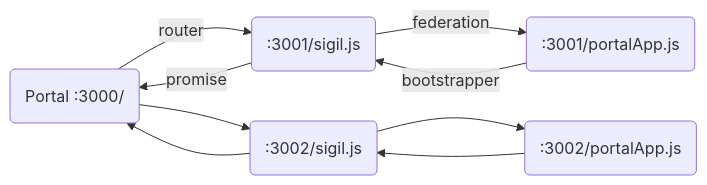
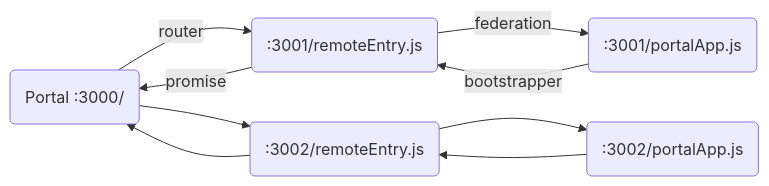
One commit to evjero/portal-federation changed the third of 3 diagrams in README.md. Above: the diagram before and after it, drawn with Mermaid. The commit also changed other lines of this file and 1 other file, not shown here.

````diff
--- a/README.md
+++ b/README.md
@@ -132,10 +141,10 @@
 ```mermaid
 graph LR;
 P(Portal :3000/)
-S1(:3001/sigil.js)
-S2(:3002/sigil.js)
+S1(:3001/remoteEntry.js)
+S2(:3002/remoteEntry.js)
 A1(:3001/portalApp.js)
 A2(:3002/portalApp.js)
 P--router-->S1--federation-->A1--bootstrapper-->S1--promise-->P
 P-->S2-->A2-->S2-->P
 ```
````
